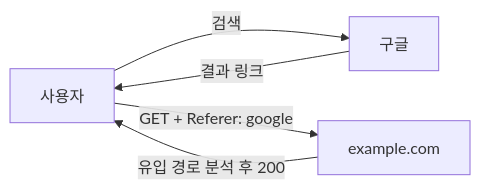
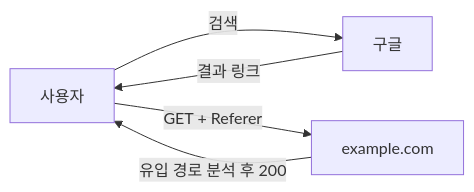
The first of 4 diagrams in _posts/http/2021-01-24-http-6.md (yjkim2015/yjkim2015.github.io), drawn with Mermaid before and after one commit. The commit also changed other lines of this file and 245 other files, not shown here.

First line of the commit message:
Mermaid 다이어그램 전면 수정 + 면접 포인트 접기/펼치기 + DB 데드락 페이지

````diff
--- a/_posts/http/2021-01-24-http-6.md
+++ b/_posts/http/2021-01-24-http-6.md
@@ -38,7 +38,7 @@
 ```mermaid
 graph LR
     U["사용자"] -->|"검색"| G["구글"]
     G -->|"결과 링크"| U
-    U -->|"GET + Referer: google"| S["example.com"]
+    U -->|"GET + Referer"| S["example.com"]
     S -->|"유입 경로 분석 후 200"| U
 ```
````
